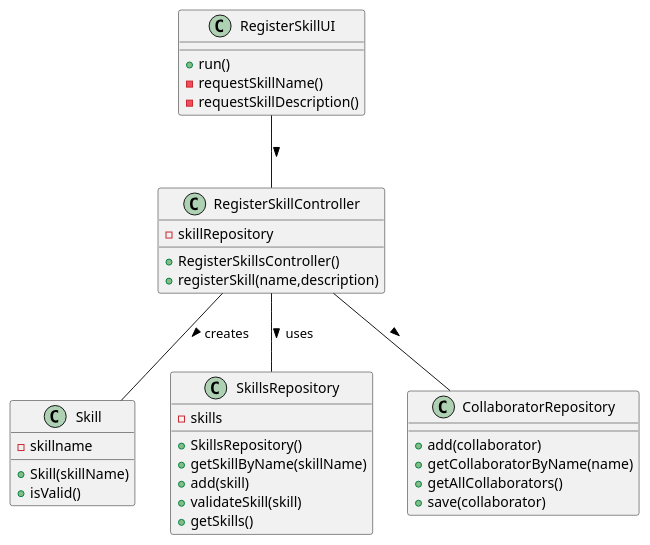
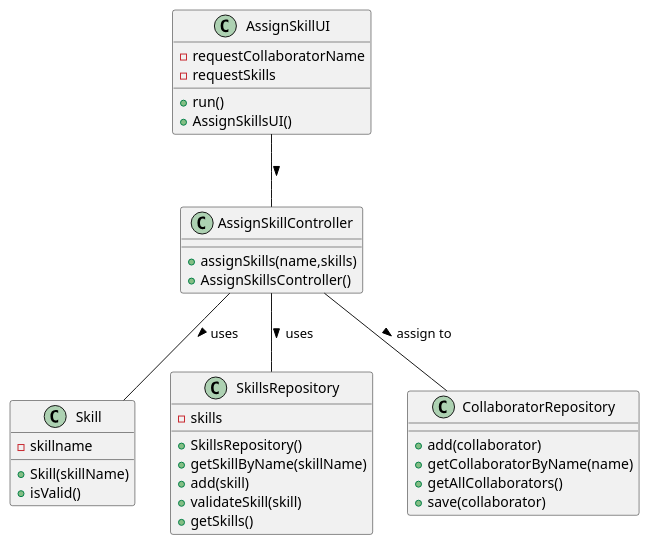
One commit to 1231635-Amorim/UrbanParkitekts changed the diagram in docs/sprintB/us004/03.design/puml/us004-class-diagram.puml. Above: the diagram before and after it, drawn with PlantUML. The commit also changed 3 other files, not shown here.

```diff
--- a/docs/sprintB/us004/03.design/puml/us004-class-diagram.puml
+++ b/docs/sprintB/us004/03.design/puml/us004-class-diagram.puml
@@ -1,41 +1,42 @@
 @startuml
-class RegisterSkillUI {
-    +run()
-    -requestSkillName()
-    -requestSkillDescription()
+class AssignSkillUI {
+    - requestCollaboratorName
+    - requestSkills
+    + run()
+    + AssignSkillsUI()
+
 }
 
 class Skill {
-    -skillname
-    +Skill(skillName)
-    +isValid()
+    - skillname
+    + Skill(skillName)
+    + isValid()
 }
 
-class RegisterSkillController {
-    - skillRepository
-    + RegisterSkillsController()
-    + registerSkill(name,description)
+class AssignSkillController {
+    + assignSkills(name,skills)
+    + AssignSkillsController()
 }
 
 class SkillsRepository {
     - skills
     + SkillsRepository()
     + getSkillByName(skillName)
     + add(skill)
     + validateSkill(skill)
     + getSkills()
 }
 
 class CollaboratorRepository{
     + add(collaborator)
     + getCollaboratorByName(name)
     + getAllCollaborators()
     + save(collaborator)
 }
 
-RegisterSkillController -- CollaboratorRepository : >
-RegisterSkillUI  --  RegisterSkillController : >
-RegisterSkillController  --  SkillsRepository : uses >
-RegisterSkillController -- Skill : creates >
+AssignSkillController -- CollaboratorRepository : assign to >
+AssignSkillUI  --  AssignSkillController : >
+AssignSkillController  --  SkillsRepository : uses >
+AssignSkillController -- Skill : uses >
 
 @enduml
```
